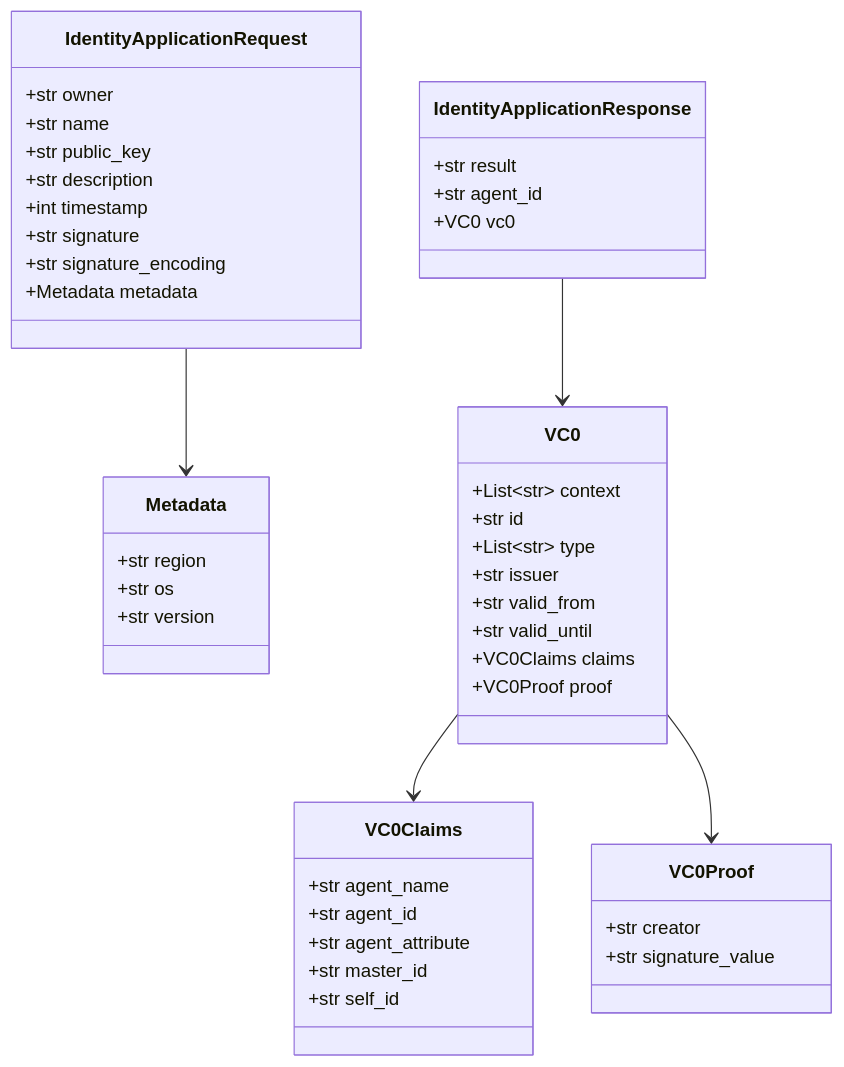
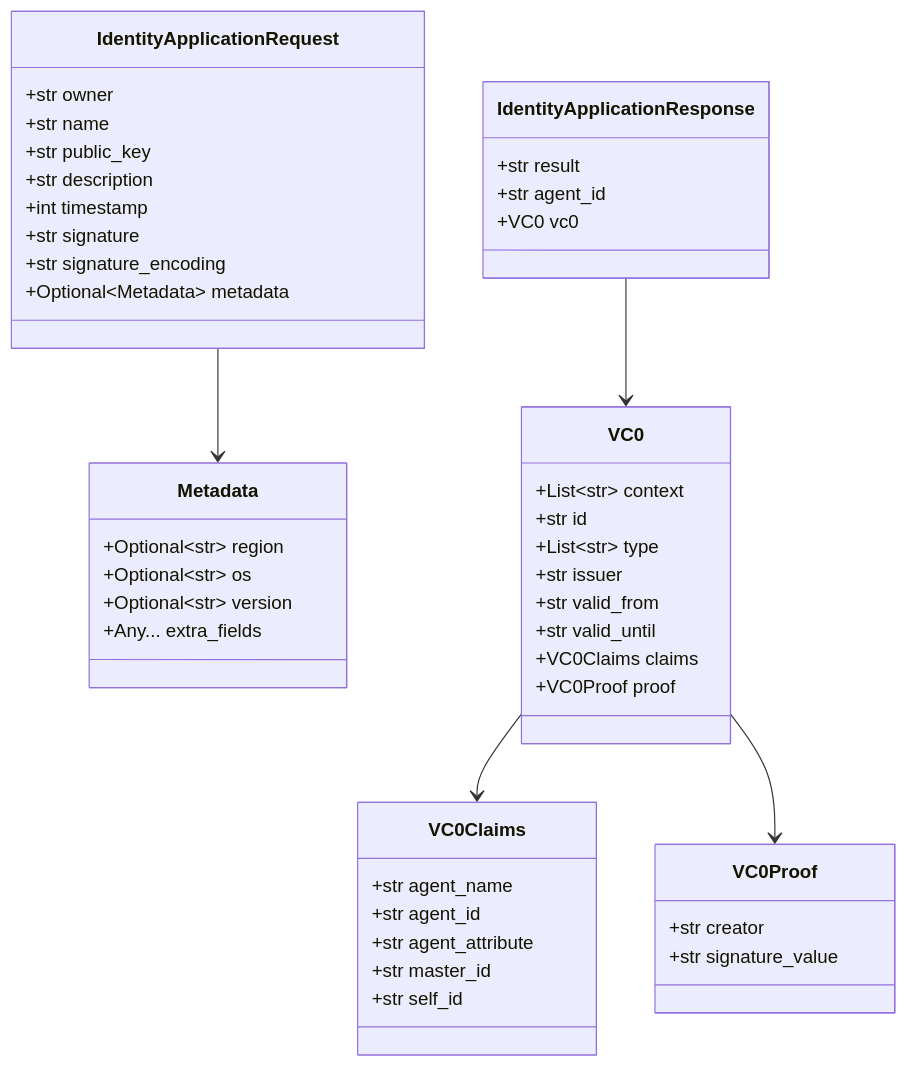
The sixth of 7 diagrams in docs/ARCHITECTURE.md (acore2026/idm), drawn with Mermaid before and after one commit. The commit also changed 4 other files, not shown here.

````diff
--- a/docs/ARCHITECTURE.md
+++ b/docs/ARCHITECTURE.md
@@ -142,54 +142,55 @@
 ```mermaid
 classDiagram
     class IdentityApplicationRequest {
         +str owner
         +str name
         +str public_key
         +str description
         +int timestamp
         +str signature
         +str signature_encoding
-        +Metadata metadata
+        +Optional~Metadata~ metadata
     }
     
     class Metadata {
-        +str region
-        +str os
-        +str version
+        +Optional~str~ region
+        +Optional~str~ os
+        +Optional~str~ version
+        +Any... extra_fields
     }
     
     class IdentityApplicationResponse {
         +str result
         +str agent_id
         +VC0 vc0
     }
     
     class VC0 {
         +List~str~ context
         +str id
         +List~str~ type
         +str issuer
         +str valid_from
         +str valid_until
         +VC0Claims claims
         +VC0Proof proof
     }
     
     class VC0Claims {
         +str agent_name
         +str agent_id
         +str agent_attribute
         +str master_id
         +str self_id
     }
     
     class VC0Proof {
         +str creator
         +str signature_value
     }
     
     IdentityApplicationRequest --> Metadata
     IdentityApplicationResponse --> VC0
     VC0 --> VC0Claims
     VC0 --> VC0Proof
 ```
````
